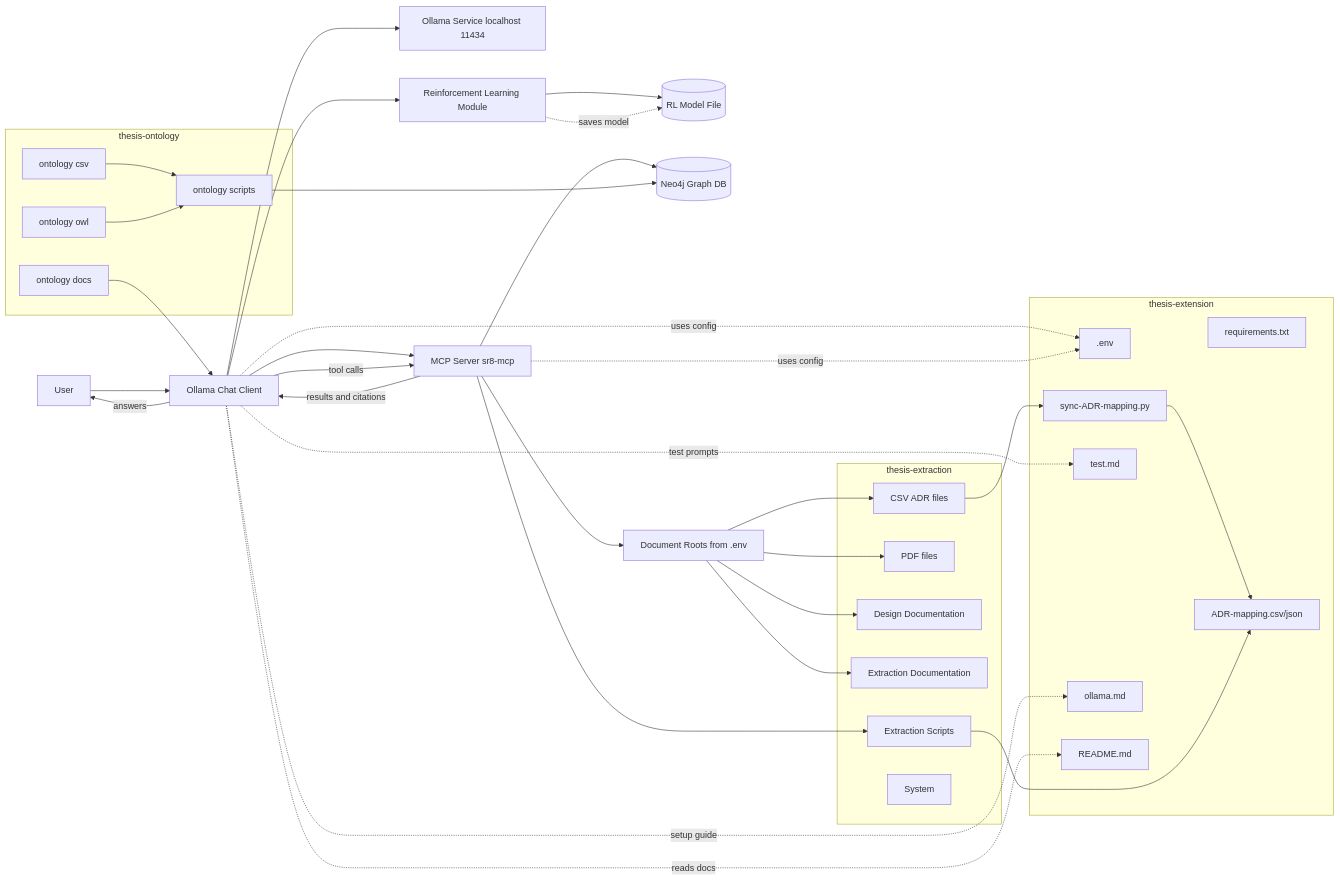
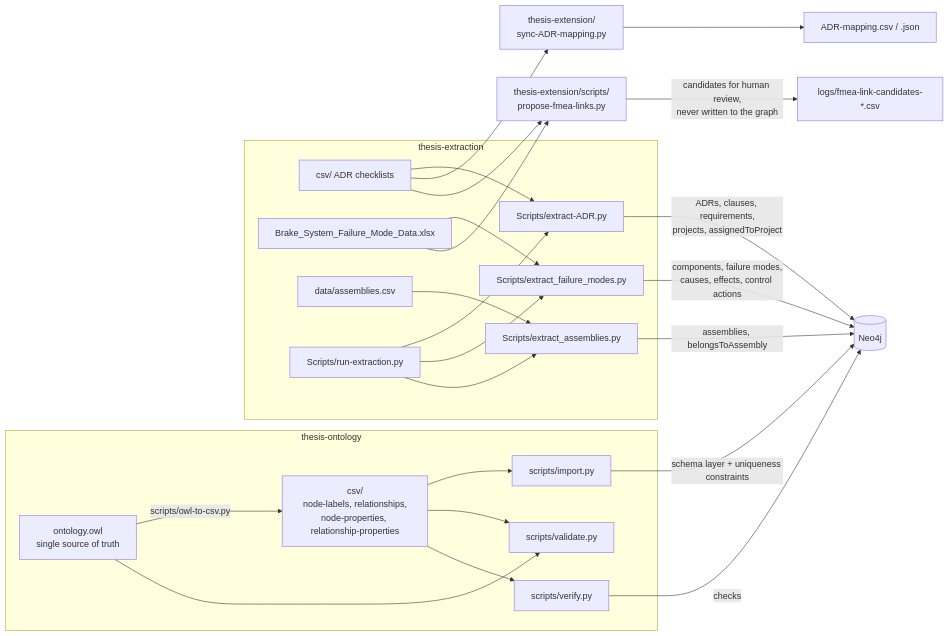
Before and after one commit to manansvr/Ontological-GraphRAG-Recommender: the second of 3 diagrams in architecture.md, drawn with Mermaid. The commit also changed other lines of this file and 33 other files, not shown here.

Commit message:
docs: update architecture, README and extraction docs

````diff
--- a/architecture.md
+++ b/architecture.md
@@ -1,59 +62,30 @@
 ```mermaid
 flowchart LR
-    U[User] --> C[Ollama Chat Client]
-    C --> O[Ollama Service localhost 11434]
-    C --> M[MCP Server sr8-mcp]
-    C --> RL[Reinforcement Learning Module]
-    RL --> RLM[(RL Model File)]
-    M --> N[(Neo4j Graph DB)]
-    M --> DROOTS[Document Roots from .env]
-
-    subgraph EXT[thesis-extension]
-        ENV[.env]
-        REQ[requirements.txt]
-        SYNC[sync-ADR-mapping.py]
-        MAP[ADR-mapping.csv/json]
-        TESTQ[test.md]
-        OMD[ollama.md]
-        RMD[README.md]
+    subgraph ONT[thesis-ontology]
+        OWL[ontology.owl<br/>single source of truth] -->|scripts/owl-to-csv.py| OCSV[csv/<br/>node-labels, relationships,<br/>node-properties, relationship-properties]
+        OCSV --> IMP[scripts/import.py]
+        OWL --> VALP[scripts/validate.py]
+        OCSV --> VALP
+        OCSV --> VER[scripts/verify.py]
     end
 
-    C -. uses config .-> ENV
-    M -. uses config .-> ENV
-    C -. reads docs .-> RMD
-    C -. setup guide .-> OMD
-    C -. test prompts .-> TESTQ
-    RL -. saves model .-> RLM
-    SYNC --> MAP
-
     subgraph EXTR[thesis-extraction]
-        EXCSV[CSV ADR files]
-        EXPDF[PDF files]
-        EXDES[Design Documentation]
-        EXDOC[Extraction Documentation]
-        EXSCR[Extraction Scripts]
-        EXSYS[System]
+        ADR[csv/ ADR checklists] --> EA[Scripts/extract-ADR.py]
+        FMEA[Brake_System_Failure_Mode_Data.xlsx] --> EF[Scripts/extract_failure_modes.py]
+        ASM[data/assemblies.csv] --> EAS[Scripts/extract_assemblies.py]
+        RUN[Scripts/run-extraction.py] --> EA
+        RUN --> EF
+        RUN --> EAS
     end
 
-    subgraph ONT[thesis-ontology]
-        OWL[ontology owl]
-        OCSV[ontology csv]
-        ODOC[ontology docs]
-        OSCR[ontology scripts]
-    end
+    IMP -->|schema layer + uniqueness constraints| N[(Neo4j)]
+    VER -->|checks| N
+    EA -->|ADRs, clauses, requirements,<br/>projects, assignedToProject| N
+    EF -->|components, failure modes,<br/>causes, effects, control actions| N
+    EAS -->|assemblies, belongsToAssembly| N
 
-    DROOTS --> EXCSV
-    DROOTS --> EXPDF
-    DROOTS --> EXDES
-    DROOTS --> EXDOC
-    M --> EXSCR
-    OSCR --> N
-    OCSV --> OSCR
-    OWL --> OSCR
-    ODOC --> C
-    EXCSV --> SYNC
-    EXSCR --> MAP
-    C -->|tool calls| M
-    M -->|results and citations| C
-    C -->|answers| U
+    ADR --> SYNC[thesis-extension/<br/>sync-ADR-mapping.py] --> MAP[ADR-mapping.csv / .json]
+    FMEA --> PROP[thesis-extension/scripts/<br/>propose-fmea-links.py]
+    ADR --> PROP
+    PROP -->|candidates for human review,<br/>never written to the graph| PCSV[logs/fmea-link-candidates-*.csv]
 ```
````
